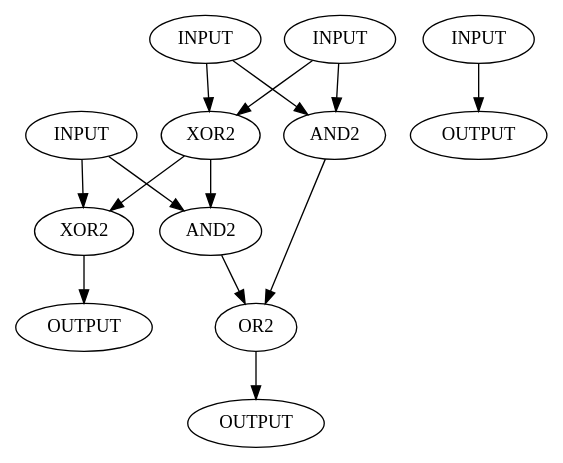
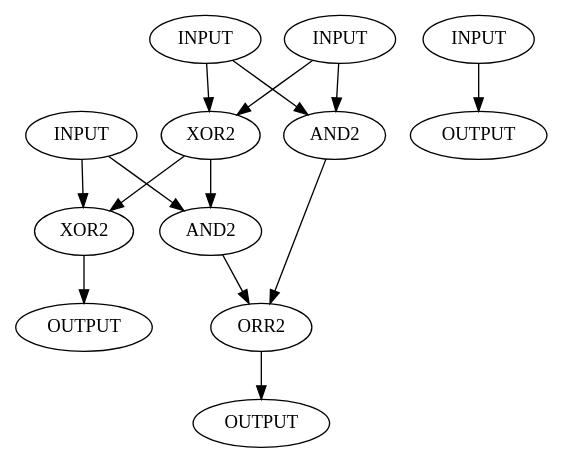
The diagram in Projet_C/Parser_gate/Test_lecture.dot (RomainLattier/Projet_C_2AMT), drawn with Graphviz before and after one commit. The commit also changed 2 other files, not shown here.

```diff
--- a/Projet_C/Parser_gate/Test_lecture.dot
+++ b/Projet_C/Parser_gate/Test_lecture.dot
@@ -1,33 +1,33 @@
 digraph test {
 
 A [label = "INPUT"];
 B [label = "INPUT"];
 C_in [label = "INPUT"];
 SUM [label = "OUTPUT"];
 C_out [label = "OUTPUT"];
 TEST_in [label = "INPUT"];
 Test_out [label = "OUTPUT"];
 
 XOR_in [label = "XOR2" ];
 XOR_out [label = "XOR2" ];
 
 AND_AB [label = "AND2" ];
 AND_C_in [label = "AND2" ];
-OR_C_out [label = "OR2" ];
+OR_C_out [label = "ORR2" ];
 
 A -> XOR_in -> XOR_out;
 B -> XOR_in;
 C_in -> XOR_out -> SUM;
 
 XOR_in -> AND_C_in;
 C_in -> AND_C_in;
 
 A -> AND_AB;
 B -> AND_AB;
 
 AND_C_in -> OR_C_out -> C_out;
 AND_AB -> OR_C_out;
 
 TEST_in -> Test_out;
 
 }
```
